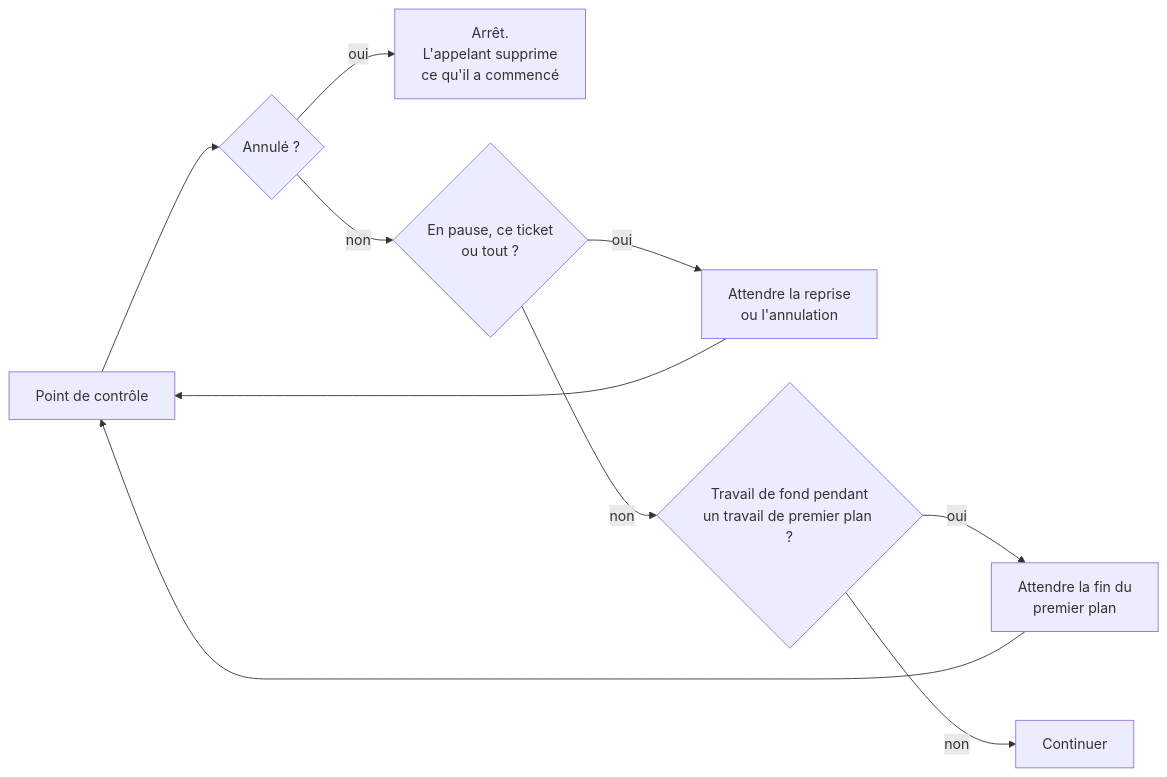
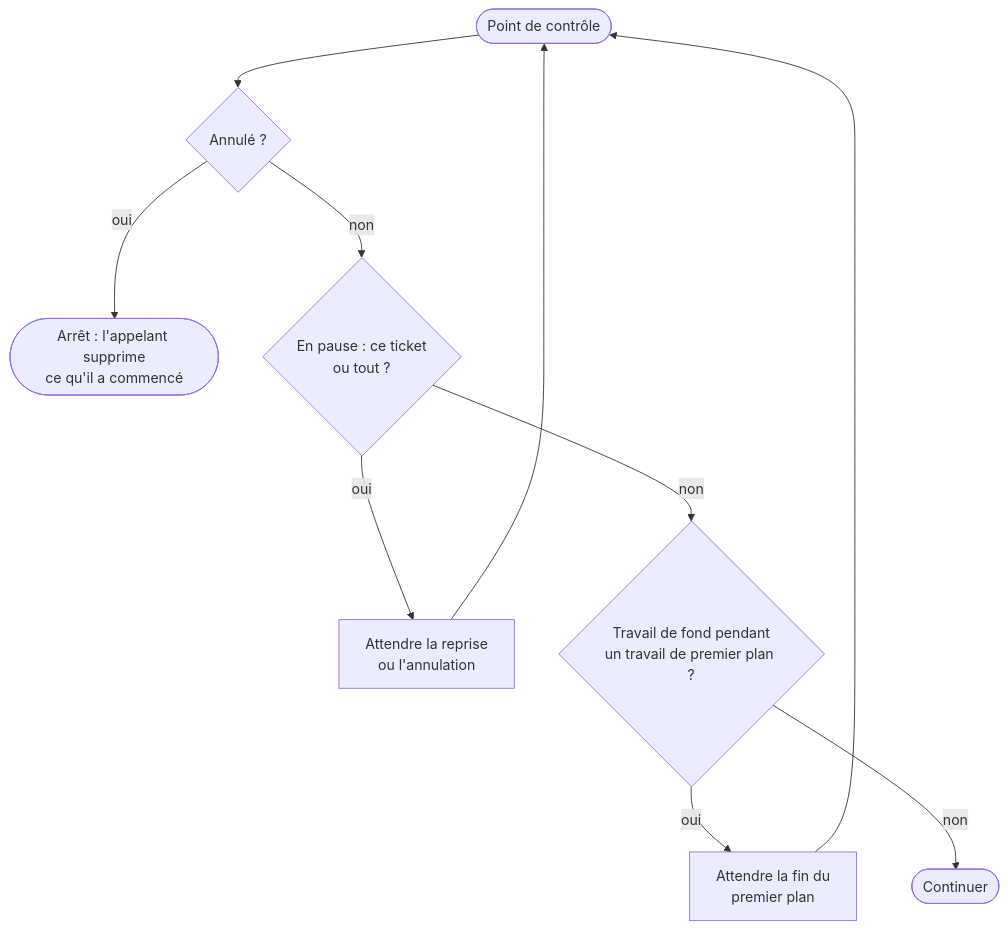
One commit to FreeProject089/BetterModsManager changed the second of 7 diagrams in frontend/assets/docs/fr/how-it-works/resources.md. Above: the diagram before and after it, drawn with Mermaid. The commit also changed other lines of this file and 176 other files, not shown here.

````diff
--- a/frontend/assets/docs/fr/how-it-works/resources.md
+++ b/frontend/assets/docs/fr/how-it-works/resources.md
@@ -99,12 +99,12 @@
 ```mermaid
-flowchart LR
-    C["Point de contrôle"] --> X{"Annulé ?"}
-    X -- oui --> E["Arrêt.<br/>L'appelant supprime<br/>ce qu'il a commencé"]
-    X -- non --> PZ{"En pause, ce ticket<br/>ou tout ?"}
-    PZ -- oui --> W1["Attendre la reprise<br/>ou l'annulation"]
-    PZ -- non --> BG{"Travail de fond pendant<br/>un travail de premier plan ?"}
-    BG -- oui --> W2["Attendre la fin du<br/>premier plan"]
-    BG -- non --> GO["Continuer"]
+flowchart TD
+    C(["Point de contrôle"]) --> X{"Annulé ?"}
+    X -- "oui" --> E(["Arrêt : l'appelant supprime<br/>ce qu'il a commencé"])
+    X -- "non" --> PZ{"En pause : ce ticket<br/>ou tout ?"}
+    PZ -- "oui" --> W1["Attendre la reprise<br/>ou l'annulation"]
+    PZ -- "non" --> BG{"Travail de fond pendant<br/>un travail de premier plan ?"}
+    BG -- "oui" --> W2["Attendre la fin du<br/>premier plan"]
+    BG -- "non" --> GO(["Continuer"])
     W1 --> C
     W2 --> C
 ```
````
